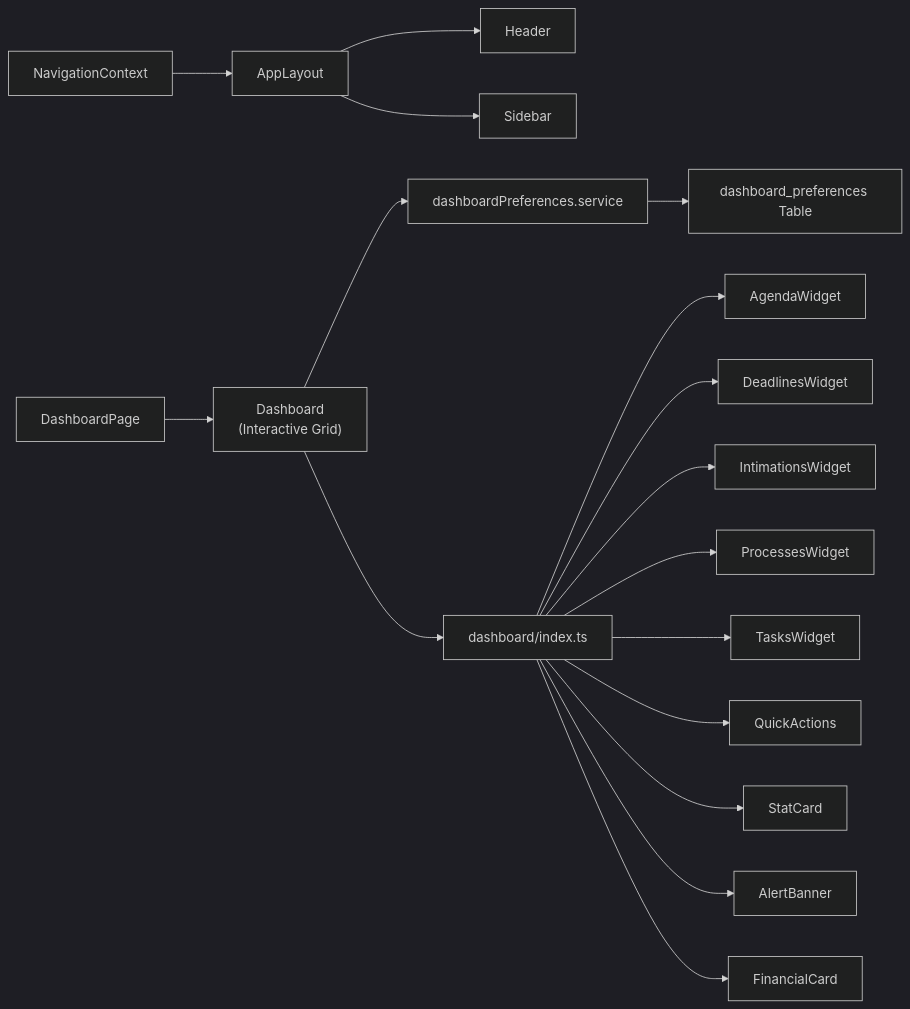
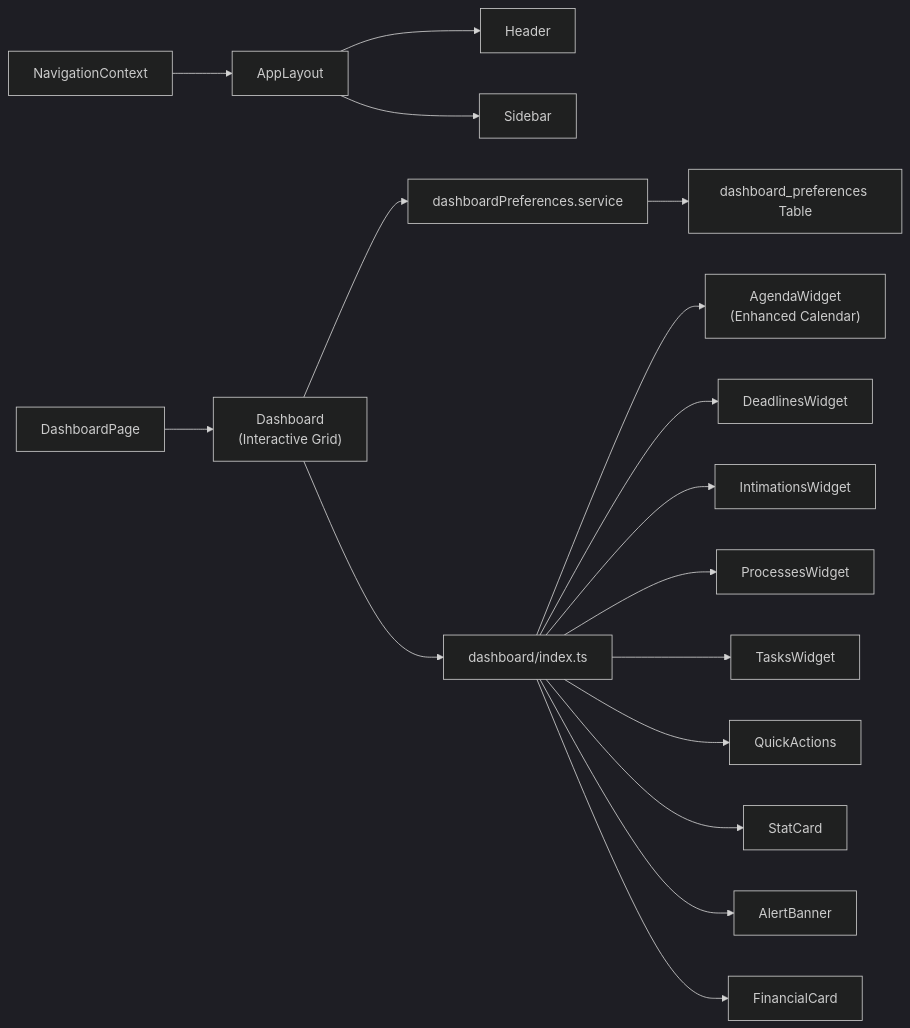
One commit to usermontalvao/CRMlaw changed the ninth of 9 diagrams in .qoder/repowiki/en/content/Core Modules/Dashboard & Navigation.md. Above: the diagram before and after it, drawn with Mermaid (dark theme). The commit also changed other lines of this file and 7 other files, not shown here.

````diff
--- a/.qoder/repowiki/en/content/Core Modules/Dashboard & Navigation.md
+++ b/.qoder/repowiki/en/content/Core Modules/Dashboard & Navigation.md
@@ -488,19 +545,19 @@
 ```mermaid
 graph LR
 NC["NavigationContext"] --> AL["AppLayout"]
 AL --> HD["Header"]
 AL --> SB["Sidebar"]
 DP["DashboardPage"] --> DB["Dashboard<br/>(Interactive Grid)"]
 DB --> SVC["dashboardPreferences.service"]
 DB --> WIDX["dashboard/index.ts"]
-WIDX --> AG["AgendaWidget"]
+WIDX --> AG["AgendaWidget<br/>(Enhanced Calendar)"]
 WIDX --> DL["DeadlinesWidget"]
 WIDX --> IT["IntimationsWidget"]
 WIDX --> PS["ProcessesWidget"]
 WIDX --> TK["TasksWidget"]
 WIDX --> QA["QuickActions"]
 WIDX --> SC["StatCard"]
 WIDX --> AB["AlertBanner"]
 WIDX --> FC["FinancialCard"]
 SVC --> DBP["dashboard_preferences Table"]
 ```
````
